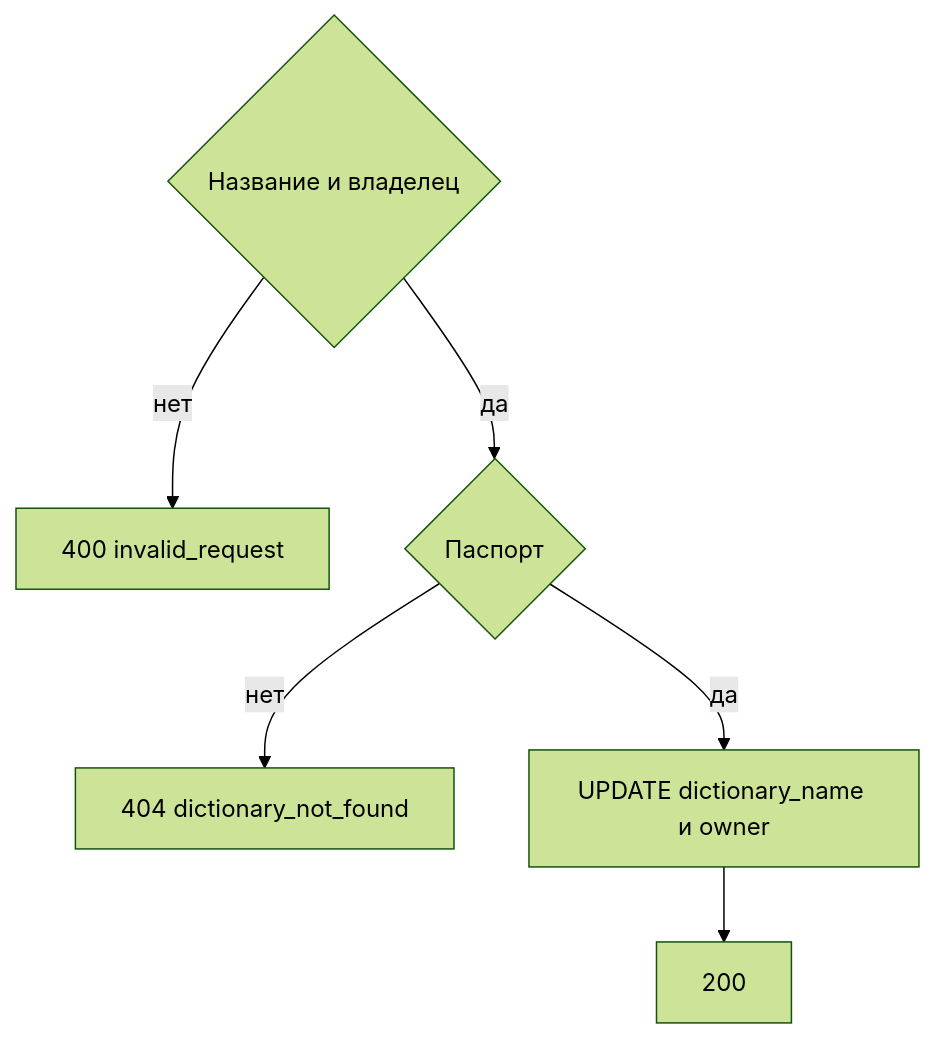
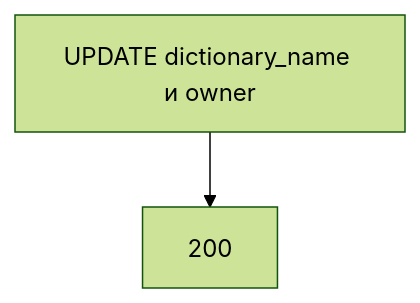
Before and after one commit to StrannikE95/reference_data: the diagram in docs/1. functional/v3/management.api/MetadataController/patch_passport.md, drawn with Mermaid (forest theme). The commit also changed other lines of this file and 8 other files, not shown here.

````diff
--- a/docs/1. functional/v3/management.api/MetadataController/patch_passport.md
+++ b/docs/1. functional/v3/management.api/MetadataController/patch_passport.md
@@ -43,8 +48,4 @@
 ```mermaid
 flowchart TD
-  body{"Название и владелец"} -->|нет| bad["400 invalid_request"]
-  body -->|да| pas{"Паспорт"}
-  pas -->|нет| d404["404 dictionary_not_found"]
-  pas -->|да| save["UPDATE dictionary_name и owner"]
-  save --> ok["200"]
+  save["UPDATE dictionary_name и owner"] --> ok["200"]
 ```
````
